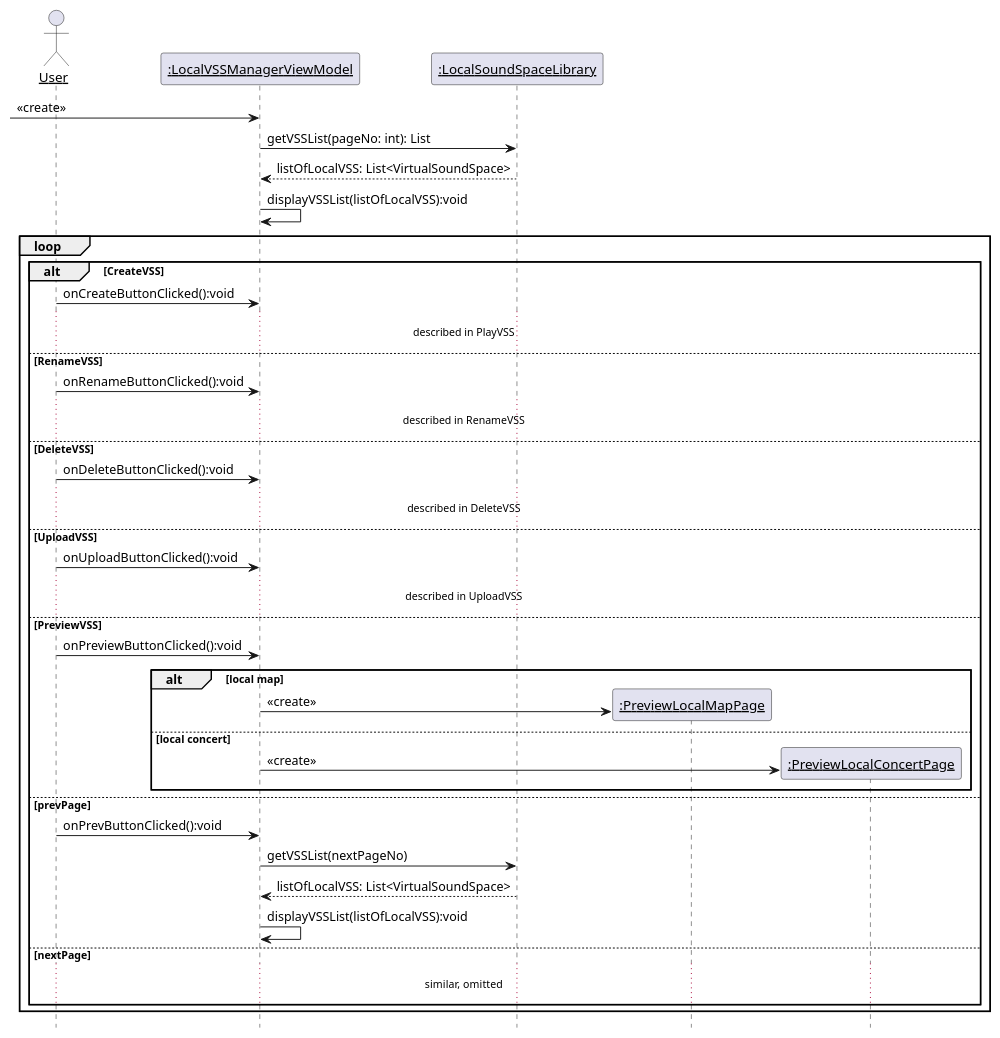
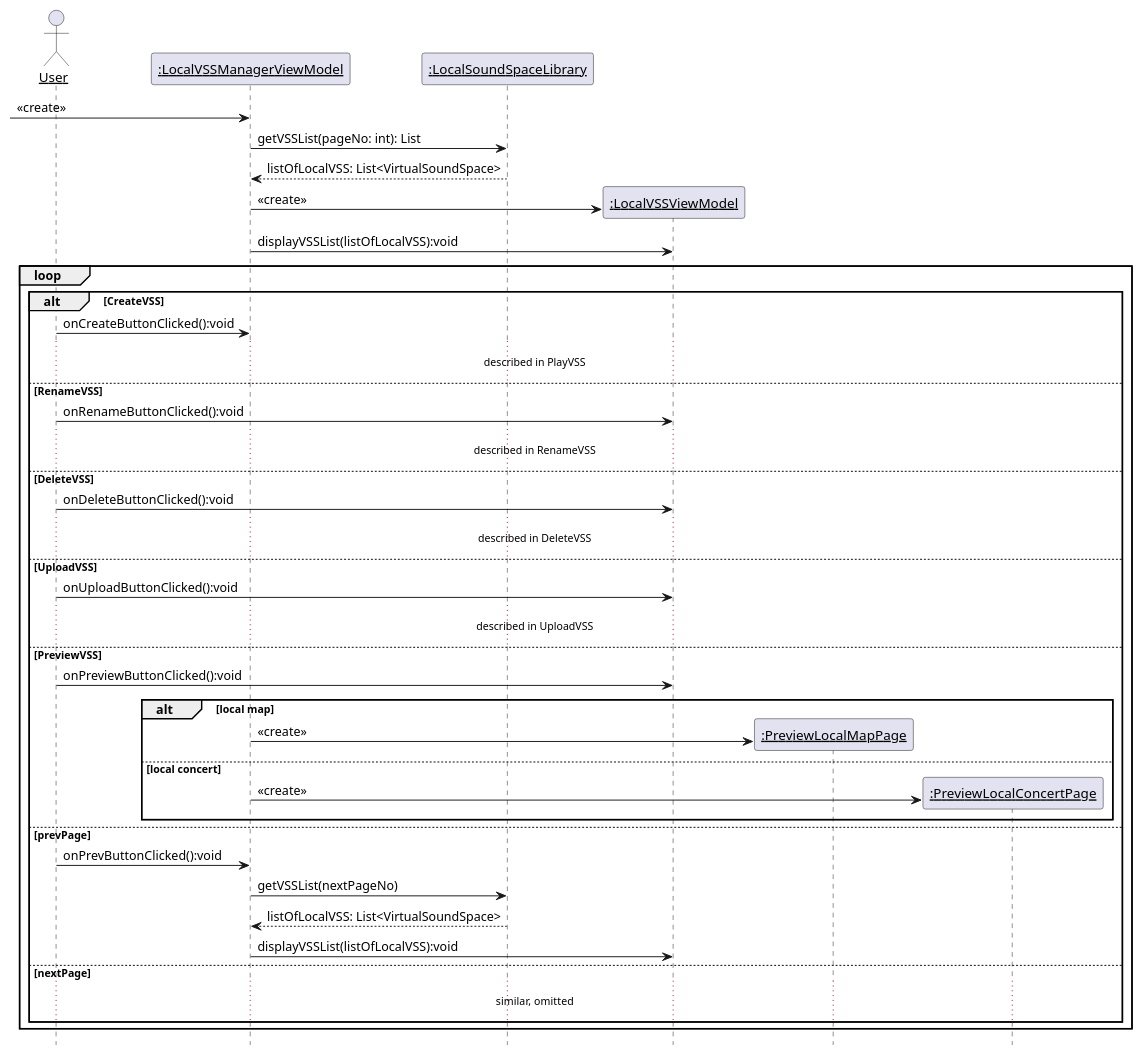
Before and after one commit to kpp19920121/doc: the eighth of 28 diagrams in 设计/顺序图.md, drawn with PlantUML. The commit also changed other lines of this file and 4 other files, not shown here.

First line of the commit message:
完成了相关新添加ViewModel类的顺序图

````diff
--- a/设计/顺序图.md
+++ b/设计/顺序图.md
@@ -232,51 +232,54 @@
 ```PlantUML
 @startuml Diagrams/ManageLocalVSSLibrary
 hide footbox
 skinparam sequenceParticipant underline
 
 actor User as user
 participant ":LocalVSSManagerViewModel" as boundary
 participant ":LocalSoundSpaceLibrary" as library
 
 create boundary
 [-> boundary: <<create>>
 boundary -> library: getVSSList(pageNo: int): List
 library --> boundary: listOfLocalVSS: List<VirtualSoundSpace>
-boundary -> boundary: displayVSSList(listOfLocalVSS):void
+participant ":LocalVSSViewModel" as lvvw
+create lvvw
+boundary -> lvvw: <<create>>
+boundary -> lvvw: displayVSSList(listOfLocalVSS):void
 
 loop
     alt CreateVSS
         user -> boundary: onCreateButtonClicked():void
         ...described in PlayVSS...
     else RenameVSS
-        user -> boundary: onRenameButtonClicked():void
+        user -> lvvw: onRenameButtonClicked():void
         ...described in RenameVSS...
     else DeleteVSS
-        user -> boundary: onDeleteButtonClicked():void
+        user -> lvvw: onDeleteButtonClicked():void
         ...described in DeleteVSS...
     else UploadVSS
-        user -> boundary: onUploadButtonClicked():void
+        user -> lvvw: onUploadButtonClicked():void
         ...described in UploadVSS...
     else PreviewVSS
-        user -> boundary: onPreviewButtonClicked():void
+        user -> lvvw: onPreviewButtonClicked():void
         alt local map
             participant ":PreviewLocalMapPage" as plmp
             create plmp
             boundary -> plmp: <<create>>
 
         else local concert
             participant ":PreviewLocalConcertPage" as plcp
             create plcp
             boundary -> plcp: <<create>>
         end
     else prevPage
         user -> boundary: onPrevButtonClicked():void
         boundary -> library: getVSSList(nextPageNo)
         library --> boundary: listOfLocalVSS: List<VirtualSoundSpace>
-        boundary -> boundary: displayVSSList(listOfLocalVSS):void
+        boundary -> lvvw: displayVSSList(listOfLocalVSS):void
     else nextPage
     ...similar, omitted...
     end
 end
 @enduml
 ```
````
